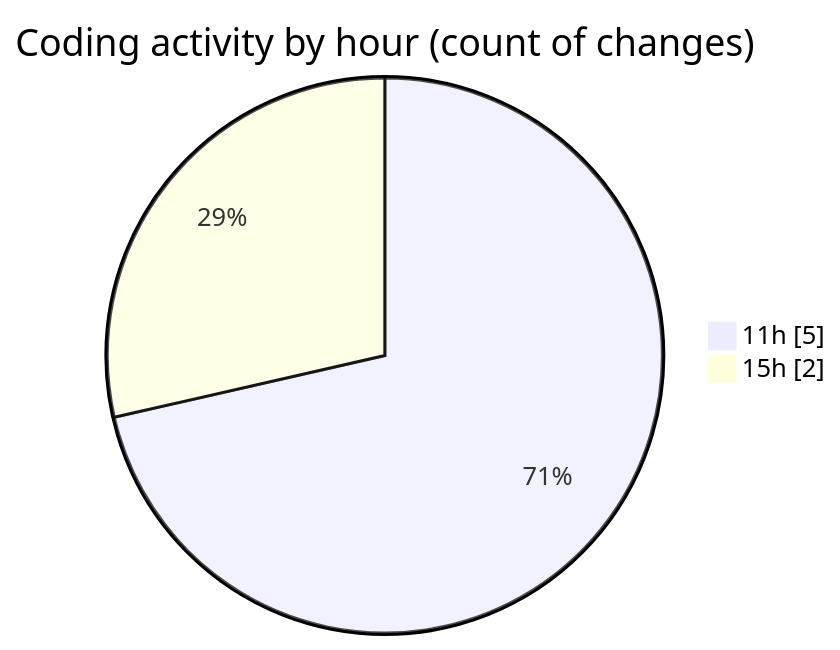
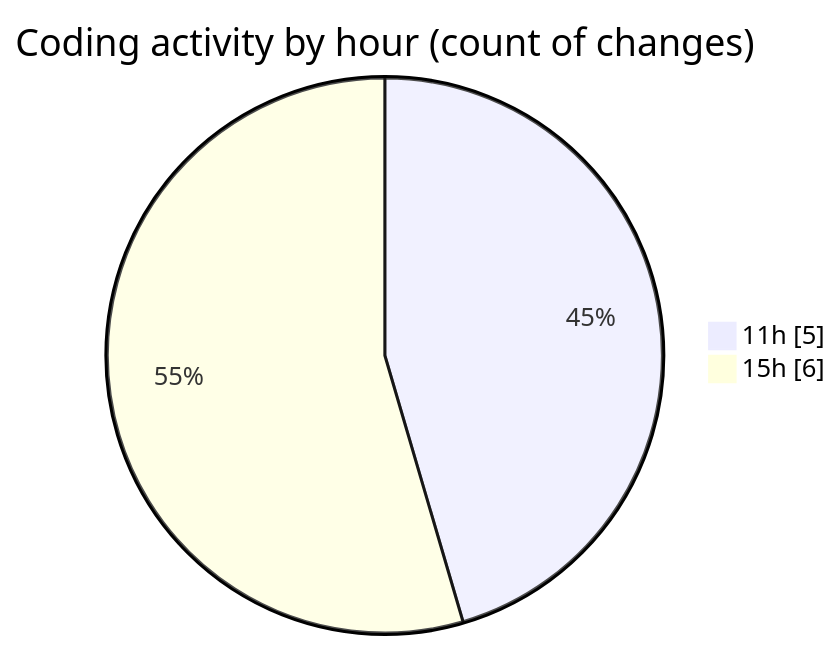
The second of 2 diagrams in 2026-07-02/cilapp/README.md (ricardozamudiocil/code-tracking), drawn with Mermaid before and after one commit. The commit also changed other lines of this file and 1 other file, not shown here.

````diff
--- a/2026-07-02/cilapp/README.md
+++ b/2026-07-02/cilapp/README.md
@@ -33,6 +33,6 @@
 ```mermaid
 pie showData
 title Coding activity by hour (count of changes)
 "11h" : 5
-"15h" : 2
+"15h" : 6
 ```
````
